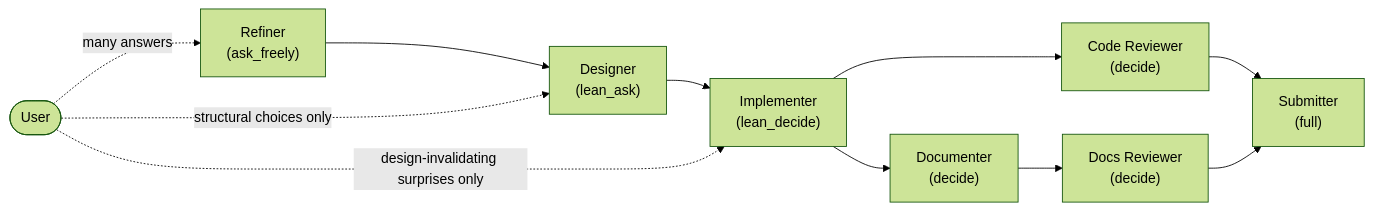
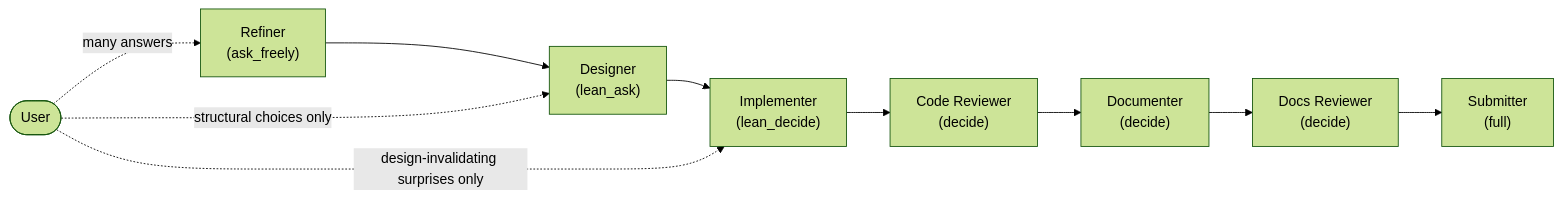
One commit to sylmarien/agents-orchestration-pipeline changed the sixth of 6 diagrams in docs/agent-pipeline-design.md. Above: the diagram before and after it, drawn with Mermaid (forest theme). The commit also changed other lines of this file, not shown here.

First line of the commit message:
Design: graph execution, artifact storage, and gap-review closeout

````diff
--- a/docs/agent-pipeline-design.md
+++ b/docs/agent-pipeline-design.md
@@ -729,11 +795,11 @@
 ```mermaid
 flowchart LR
     R["Refiner<br/>(ask_freely)"] --> D["Designer<br/>(lean_ask)"] --> I["Implementer<br/>(lean_decide)"]
     I --> CR["Code Reviewer<br/>(decide)"]
-    I --> DOC["Documenter<br/>(decide)"]
-    CR --> S["Submitter<br/>(full)"]
-    DOC --> DR["Docs Reviewer<br/>(decide)"] --> S
+    CR --> DOC["Documenter<br/>(decide)"]
+    DOC --> DR["Docs Reviewer<br/>(decide)"]
+    DR --> S["Submitter<br/>(full)"]
     U([User]) -.->|many answers| R
     U -.->|structural choices only| D
     U -.->|design-invalidating surprises only| I
 ```
````
